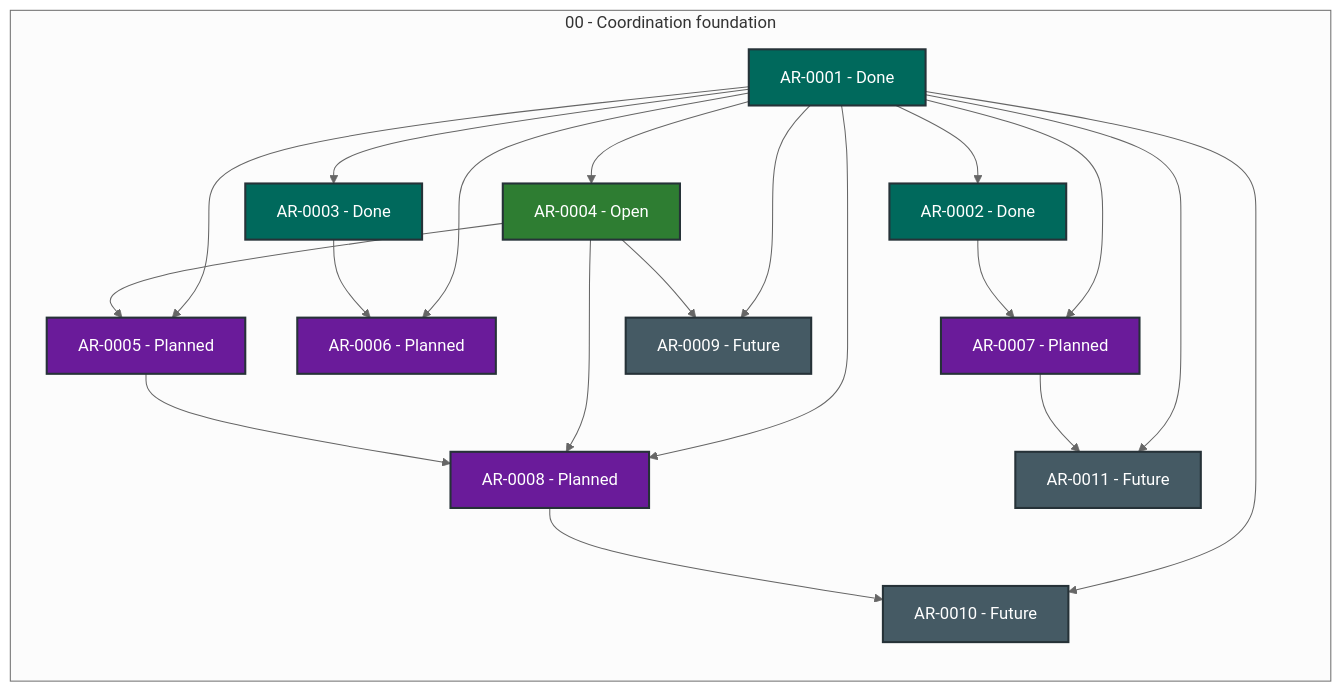
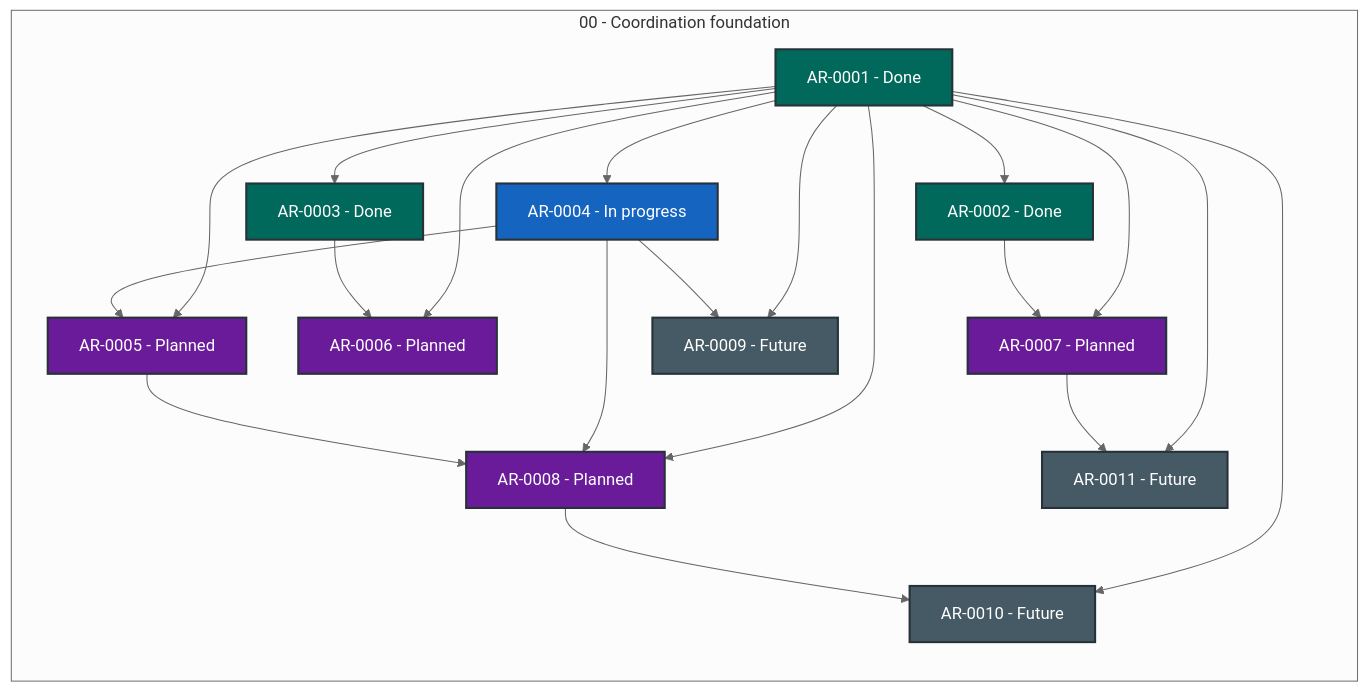
One commit to martin-beck/agent-workflow-quality-state changed the diagram in STATUS.md. Above: the diagram before and after it, drawn with Mermaid (neutral theme). The commit also changed other lines of this file and 2 other files, not shown here.

````diff
--- a/STATUS.md
+++ b/STATUS.md
@@ -27,43 +27,43 @@
 ```mermaid
 flowchart LR
     subgraph series_00["00 - Coordination foundation"]
         direction TB
         AR_0001["AR-0001 - Done"]:::status_done
         AR_0002["AR-0002 - Done"]:::status_done
         AR_0003["AR-0003 - Done"]:::status_done
-        AR_0004["AR-0004 - Open"]:::status_open
+        AR_0004["AR-0004 - In progress"]:::status_in_progress
         AR_0005["AR-0005 - Planned"]:::status_planned
         AR_0006["AR-0006 - Planned"]:::status_planned
         AR_0007["AR-0007 - Planned"]:::status_planned
         AR_0008["AR-0008 - Planned"]:::status_planned
         AR_0009["AR-0009 - Future"]:::status_future
         AR_0010["AR-0010 - Future"]:::status_future
         AR_0011["AR-0011 - Future"]:::status_future
     end
     AR_0001 --> AR_0002
     AR_0001 --> AR_0003
     AR_0001 --> AR_0004
     AR_0001 --> AR_0005
     AR_0001 --> AR_0006
     AR_0001 --> AR_0007
     AR_0001 --> AR_0008
     AR_0001 --> AR_0009
     AR_0001 --> AR_0010
     AR_0001 --> AR_0011
     AR_0002 --> AR_0007
     AR_0003 --> AR_0006
     AR_0004 --> AR_0005
     AR_0004 --> AR_0008
     AR_0004 --> AR_0009
     AR_0005 --> AR_0008
     AR_0007 --> AR_0011
     AR_0008 --> AR_0010
     classDef status_in_progress fill:#1565c0,color:#ffffff,stroke:#263238,stroke-width:2px
     classDef status_open fill:#2e7d32,color:#ffffff,stroke:#263238,stroke-width:2px
     classDef status_blocked fill:#c62828,color:#ffffff,stroke:#263238,stroke-width:2px
     classDef status_planned fill:#6a1b9a,color:#ffffff,stroke:#263238,stroke-width:2px
     classDef status_future fill:#455a64,color:#ffffff,stroke:#263238,stroke-width:2px
     classDef status_done fill:#00695c,color:#ffffff,stroke:#263238,stroke-width:2px
     classDef status_cancelled fill:#616161,color:#ffffff,stroke:#263238,stroke-width:2px
     classDef status_superseded fill:#5d4037,color:#ffffff,stroke:#263238,stroke-width:2px
 ```
````
